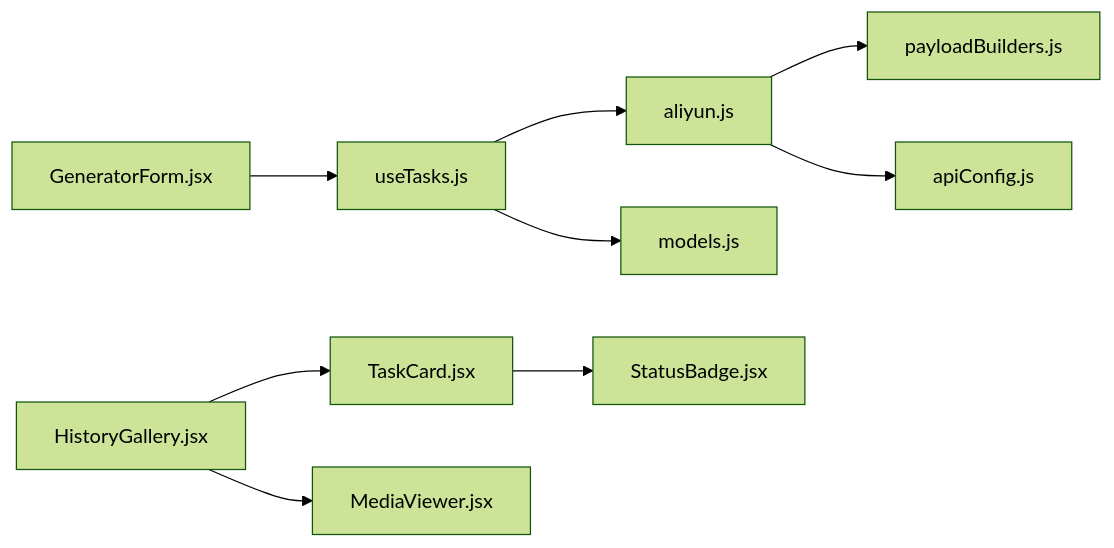
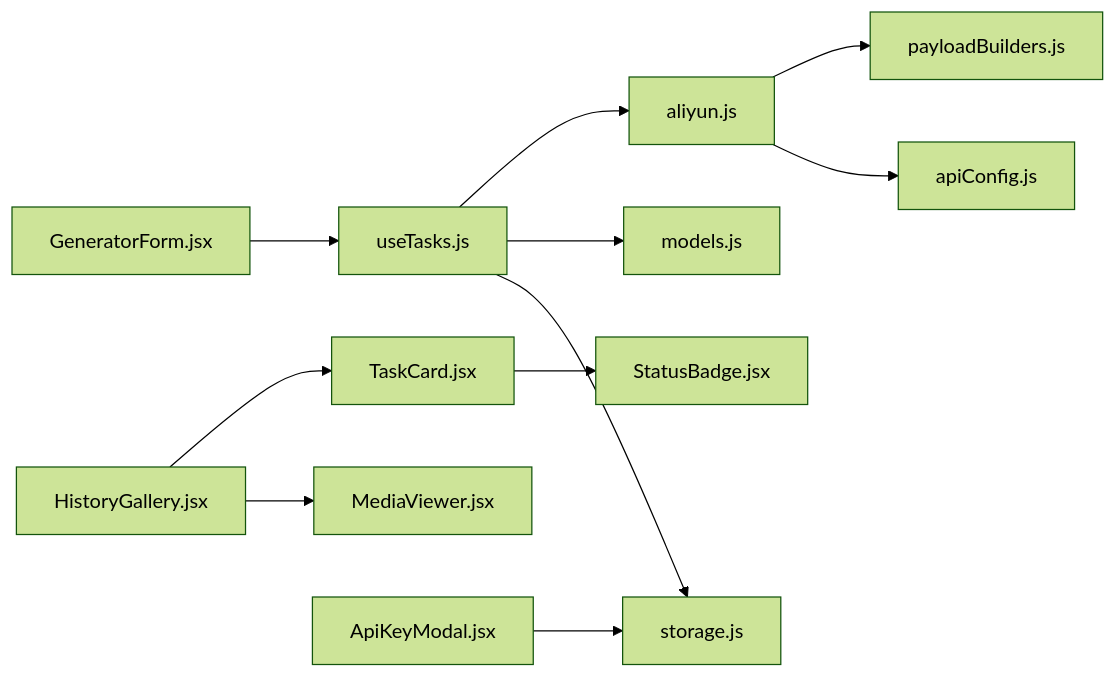
One commit to alex0001yyy/wan-app changed the eighth of 8 diagrams in .qoder/repowiki/zh/content/核心组件/辅助组件.md. Above: the diagram before and after it, drawn with Mermaid (forest theme). The commit also changed other lines of this file and 35 other files, not shown here.

````diff
--- a/.qoder/repowiki/zh/content/核心组件/辅助组件.md
+++ b/.qoder/repowiki/zh/content/核心组件/辅助组件.md
@@ -328,11 +383,13 @@
 ```mermaid
 graph LR
 GF["GeneratorForm.jsx"] --> UT["useTasks.js"]
 HG["HistoryGallery.jsx"] --> TC["TaskCard.jsx"]
 HG --> MV["MediaViewer.jsx"]
 TC --> SB["StatusBadge.jsx"]
 UT --> AL["aliyun.js"]
 AL --> PB["payloadBuilders.js"]
 UT --> MD["models.js"]
 AL --> AC["apiConfig.js"]
+AM["ApiKeyModal.jsx"] --> ST["storage.js"]
+UT --> ST
 ```
````
